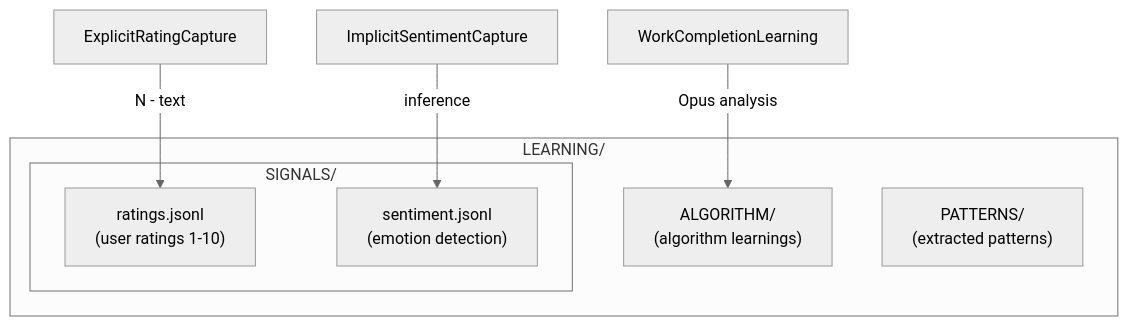
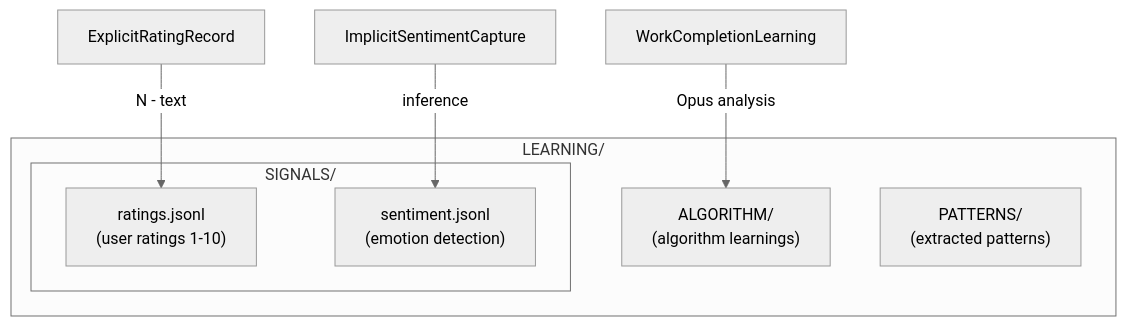
One commit to jstilb/ai-assistant changed the second of 8 diagrams in skills/Content/SystemFlowchart/Workflows/MemoryStructure.md. Above: the diagram before and after it, drawn with Mermaid (neutral theme). The commit also changed other lines of this file and 9 other files, not shown here.

Commit message:
feat(SystemFlowchart): sync 10 files

````diff
--- a/skills/Content/SystemFlowchart/Workflows/MemoryStructure.md
+++ b/skills/Content/SystemFlowchart/Workflows/MemoryStructure.md
@@ -117,16 +117,16 @@
 ```mermaid
 flowchart TB
     subgraph LEARNING["LEARNING/"]
         subgraph SIGNALS["SIGNALS/"]
             Ratings["ratings.jsonl\n(user ratings 1-10)"]
             Sentiment["sentiment.jsonl\n(emotion detection)"]
         end
 
         ALGORITHM["ALGORITHM/\n(algorithm learnings)"]
         PATTERNS["PATTERNS/\n(extracted patterns)"]
     end
 
-    Explicit["ExplicitRatingCapture"] -->|"N - text"| Ratings
+    Explicit["ExplicitRatingRecord"] -->|"N - text"| Ratings
     Implicit["ImplicitSentimentCapture"] -->|"inference"| Sentiment
     WorkLearn["WorkCompletionLearning"] -->|"Opus analysis"| ALGORITHM
 ```
````
